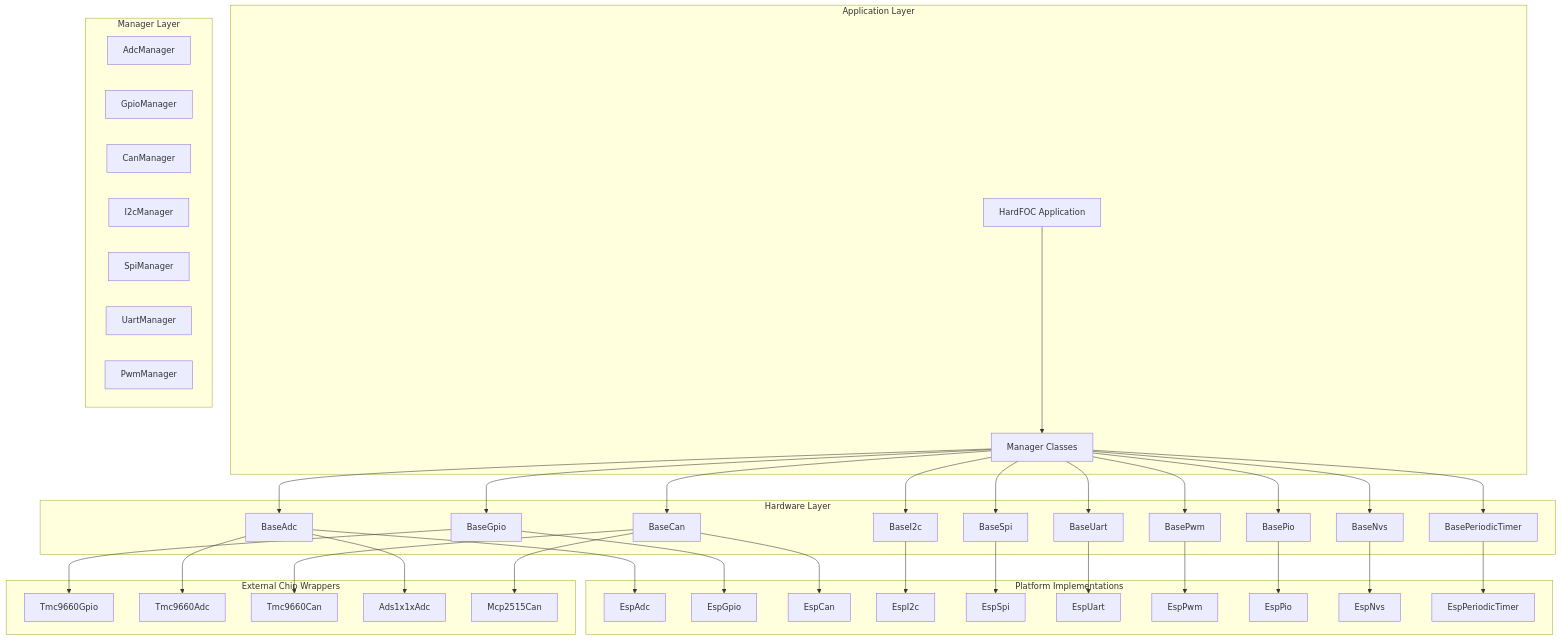
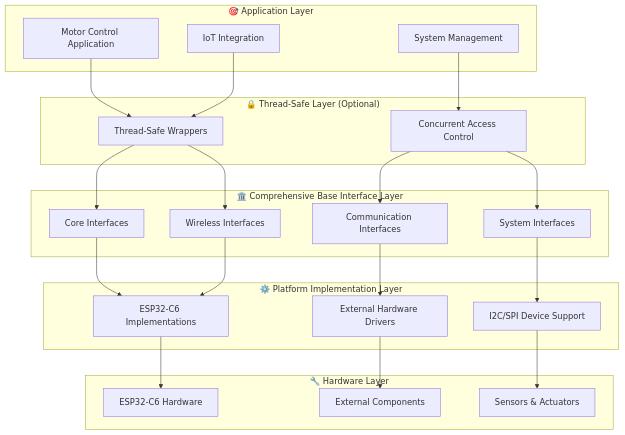
The diagram in README.md (N3b3x/hf-internal-interface-wrap), drawn with Mermaid before and after one commit. The commit also changed other lines of this file and 5 other files, not shown here.

Commit message:
Update README and documentation with comprehensive system overview

````diff
--- a/README.md
+++ b/README.md
@@ -60,80 +52,50 @@
 ```mermaid
 graph TB
-    subgraph "Application Layer"
-        A[HardFOC Application]
-        M[Manager Classes]
+    subgraph "🎯 Application Layer"
+        A[Motor Control Application]
+        B[System Management]
+        C[IoT Integration]
     end
     
-    subgraph "Hardware Layer"
-        B[BaseAdc]
-        C[BaseGpio]
-        D[BaseCan]
-        E[BaseI2c]
-        F[BaseSpi]
-        G[BaseUart]
-        H[BasePwm]
-        I[BasePio]
-        J[BaseNvs]
-        K[BasePeriodicTimer]
+    subgraph "🔒 Thread-Safe Layer (Optional)"
+        D[Thread-Safe Wrappers]
+        E[Concurrent Access Control]
     end
     
-    subgraph "Platform Implementations"
-        P1[EspAdc]
-        P2[EspGpio]
-        P3[EspCan]
-        P4[EspI2c]
-        P5[EspSpi]
-        P6[EspUart]
-        P7[EspPwm]
-        P8[EspPio]
-        P9[EspNvs]
-        P10[EspPeriodicTimer]
+    subgraph "🏛️ Comprehensive Base Interface Layer"
+        F[Core Interfaces]
+        G[Communication Interfaces] 
+        H[Wireless Interfaces]
+        I[System Interfaces]
     end
     
-    subgraph "External Chip Wrappers"
-        W1[Tmc9660Gpio]
-        W2[Tmc9660Adc]
-        W3[Tmc9660Can]
-        W4[Ads1x1xAdc]
-        W5[Mcp2515Can]
+    subgraph "⚙️ Platform Implementation Layer"
+        J[ESP32-C6 Implementations]
+        K[External Hardware Drivers]
+        L[I2C/SPI Device Support]
     end
     
-    subgraph "Manager Layer"
-        AM[AdcManager]
-        GM[GpioManager]
-        CM[CanManager]
-        IM[I2cManager]
-        SM[SpiManager]
-        UM[UartManager]
-        PM[PwmManager]
+    subgraph "🔧 Hardware Layer"
+        M[ESP32-C6 Hardware]
+        N[External Components]
+        O[Sensors & Actuators]
     end
     
-    A --> M
-    M --> B
-    M --> C
-    M --> D
-    M --> E
-    M --> F
-    M --> G
-    M --> H
-    M --> I
-    M --> J
-    M --> K
+    A --> D
+    B --> E
+    C --> D
     
-    B --> P1
-    C --> P2
-    D --> P3
-    E --> P4
-    F --> P5
-    G --> P6
-    H --> P7
-    I --> P8
-    J --> P9
-    K --> P10
+    D --> F
+    E --> G
+    D --> H
+    E --> I
     
-    B --> W2
-    B --> W4
-    C --> W1
-    D --> W3
-    D --> W5
+    F --> J
+    G --> K
+    H --> J
+    I --> L
+    
+    J --> M
+    K --> N
+    L --> O
 ```
````
